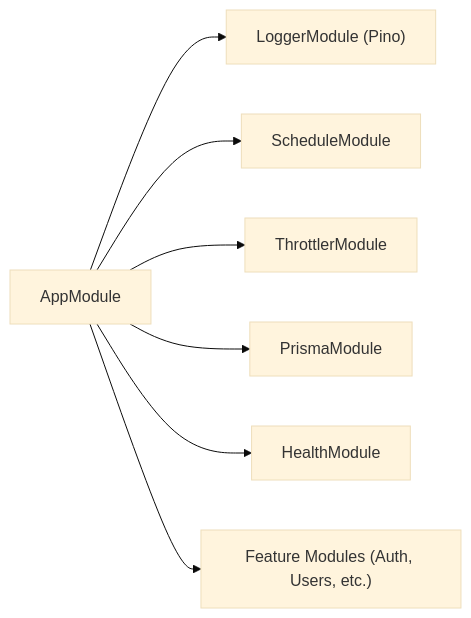
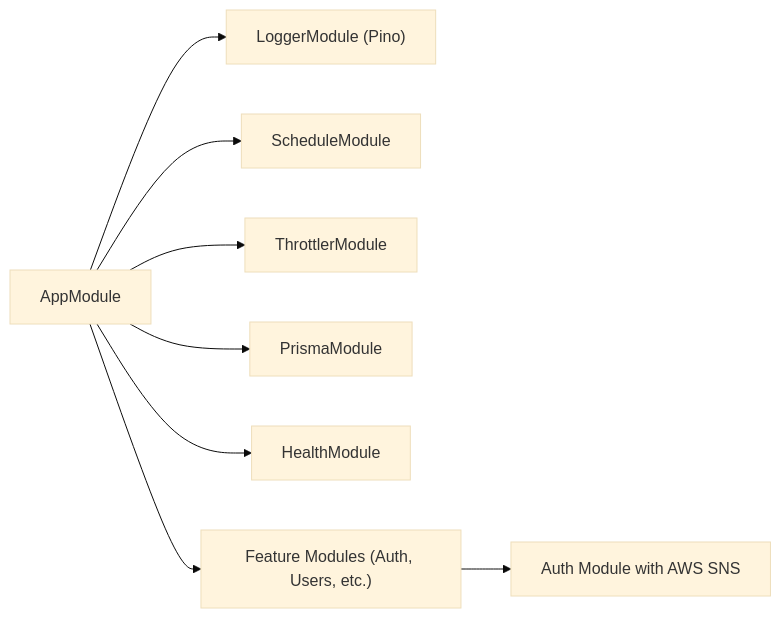
Before and after one commit to statgod6/4ever: diagram 12 of 12 in .qoder/repowiki/en/content/System Architecture/Deployment & Infrastructure.md, drawn with Mermaid (base theme). The commit also changed other lines of this file and 116 other files, not shown here.

````diff
--- a/.qoder/repowiki/en/content/System Architecture/Deployment & Infrastructure.md
+++ b/.qoder/repowiki/en/content/System Architecture/Deployment & Infrastructure.md
@@ -452,9 +540,10 @@
 ```mermaid
 graph LR
 App["AppModule"] --> Logger["LoggerModule (Pino)"]
 App --> Schedule["ScheduleModule"]
 App --> Throttler["ThrottlerModule"]
 App --> Prisma["PrismaModule"]
 App --> Health["HealthModule"]
 App --> Features["Feature Modules (Auth, Users, etc.)"]
+Features --> Auth["Auth Module with AWS SNS"]
 ```
````
